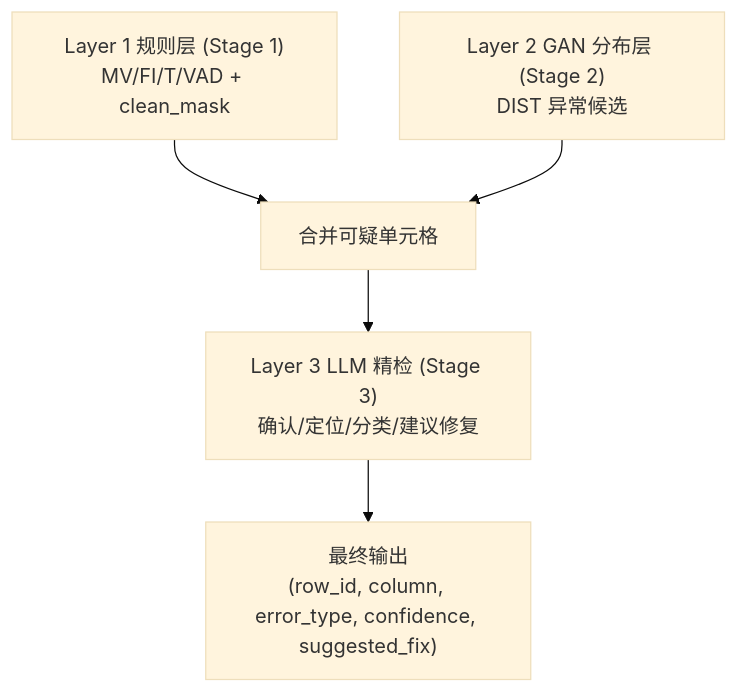
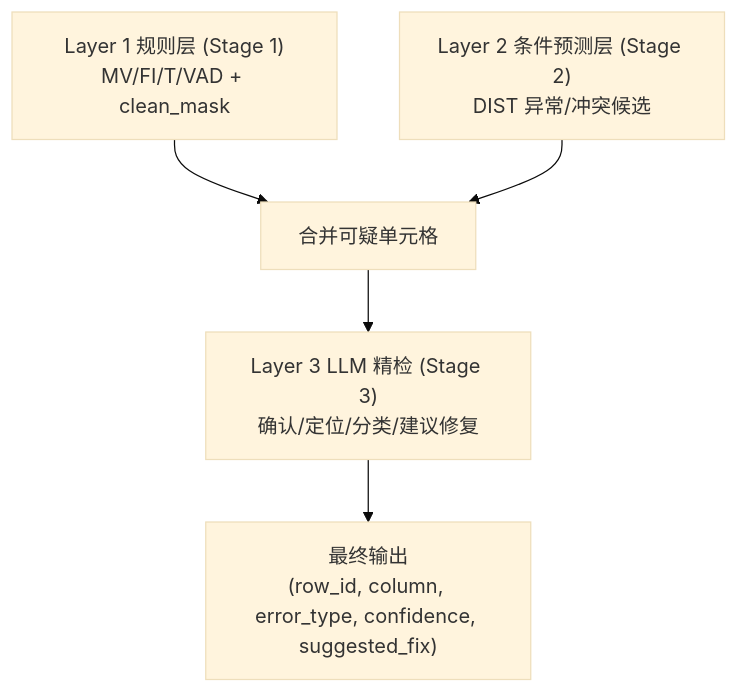
One commit to 1993371829/error_detect changed the second of 2 diagrams in stage_2/DESIGN.md. Above: the diagram before and after it, drawn with Mermaid (base theme). The commit also changed other lines of this file and 12 other files, not shown here.

````diff
--- a/stage_2/DESIGN.md
+++ b/stage_2/DESIGN.md
@@ -111,7 +85,7 @@
 ```mermaid
 flowchart TD
     L1["Layer 1 规则层 (Stage 1)<br/>MV/FI/T/VAD + clean_mask"] --> M["合并可疑单元格"]
-    L2["Layer 2 GAN 分布层 (Stage 2)<br/>DIST 异常候选"] --> M
+    L2["Layer 2 条件预测层 (Stage 2)<br/>DIST 异常/冲突候选"] --> M
     M --> L3["Layer 3 LLM 精检 (Stage 3)<br/>确认/定位/分类/建议修复"]
     L3 --> R["最终输出<br/>(row_id, column, error_type, confidence, suggested_fix)"]
 ```
````
